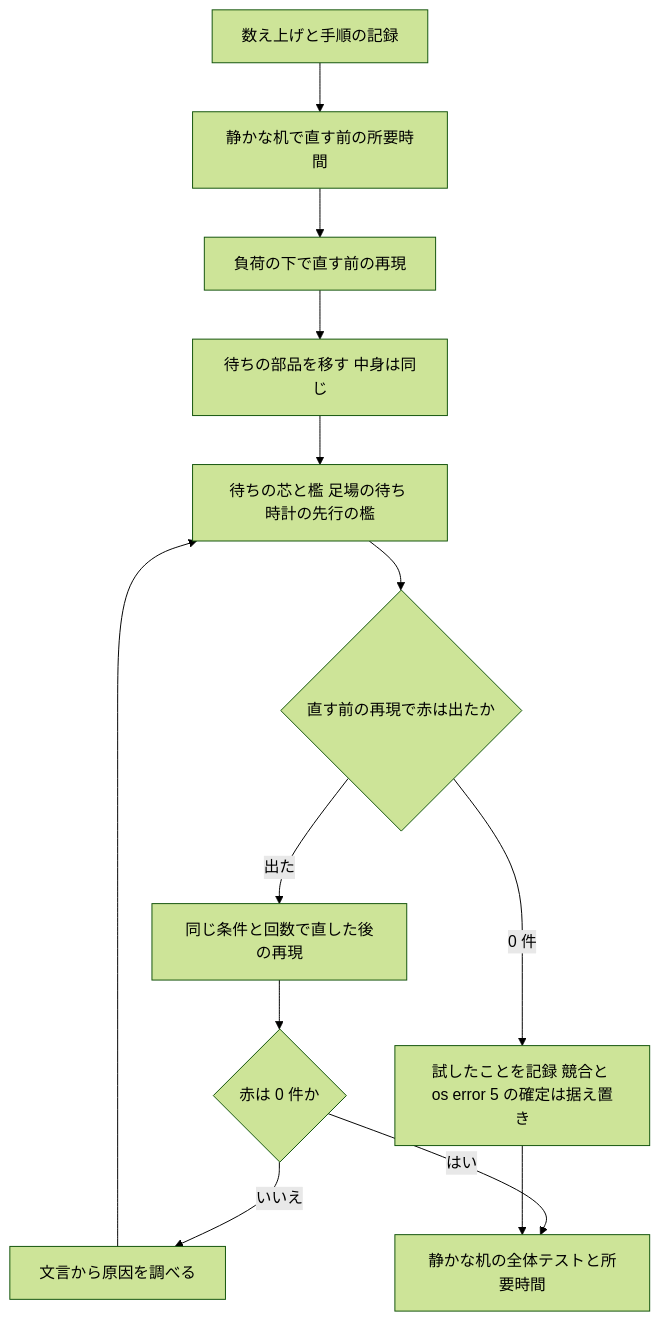
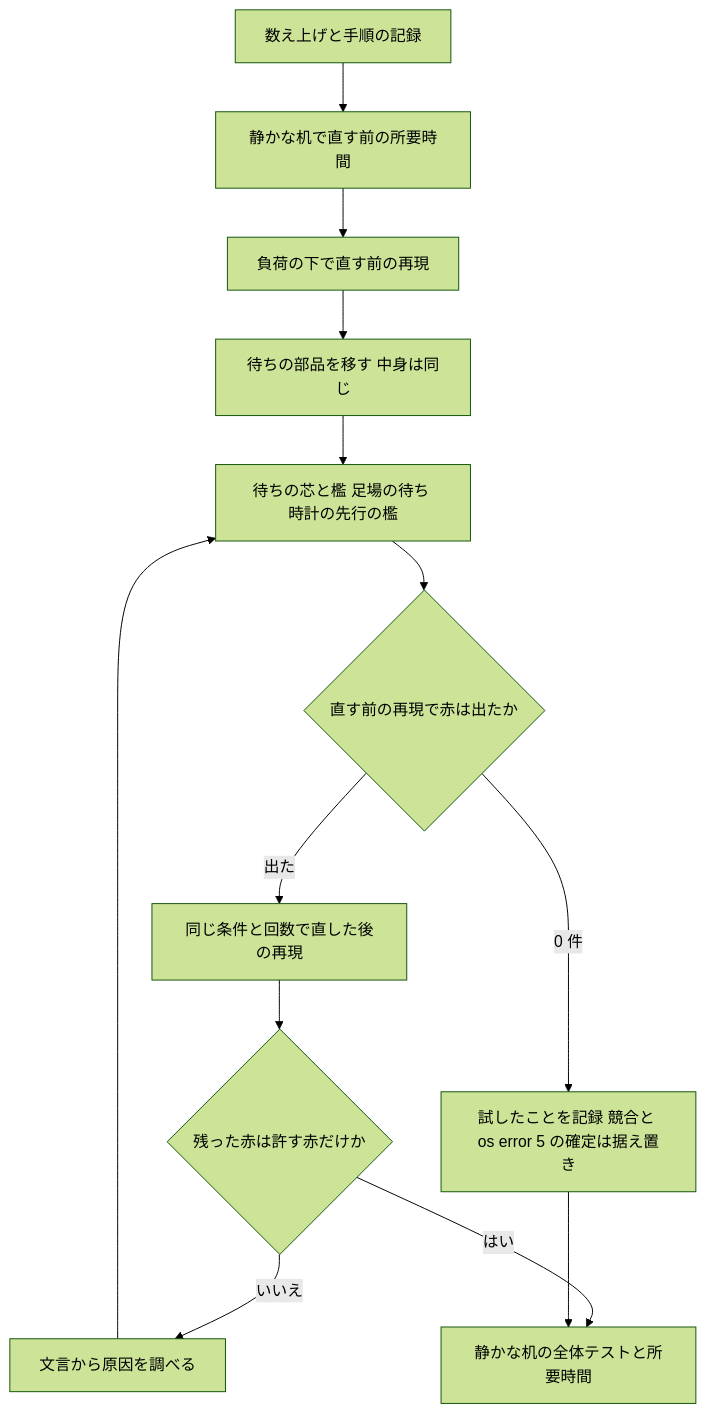
The third of 3 diagrams in .kiro/specs/areka-P0-ghost-session-test-load-flake/design.md (ekicyou/areka), drawn with Mermaid (forest theme) before and after one commit. The commit also changed other lines of this file and 7 other files, not shown here.

````diff
--- a/.kiro/specs/areka-P0-ghost-session-test-load-flake/design.md
+++ b/.kiro/specs/areka-P0-ghost-session-test-load-flake/design.md
@@ -583,15 +587,15 @@
 ```mermaid
 flowchart TD
     A[数え上げと手順の記録] --> B[静かな机で直す前の所要時間]
     B --> C[負荷の下で直す前の再現]
     C --> D[待ちの部品を移す 中身は同じ]
     D --> E[待ちの芯と檻 足場の待ち 時計の先行の檻]
     E --> F{直す前の再現で赤は出たか}
     F -->|出た| G[同じ条件と回数で直した後の再現]
     F -->|0 件| H[試したことを記録 競合と os error 5 の確定は据え置き]
-    G --> I{赤は 0 件か}
+    G --> I{残った赤は許す赤だけか}
     I -->|いいえ| J[文言から原因を調べる]
     J --> E
     I -->|はい| K[静かな机の全体テストと所要時間]
     H --> K
 ```
````
